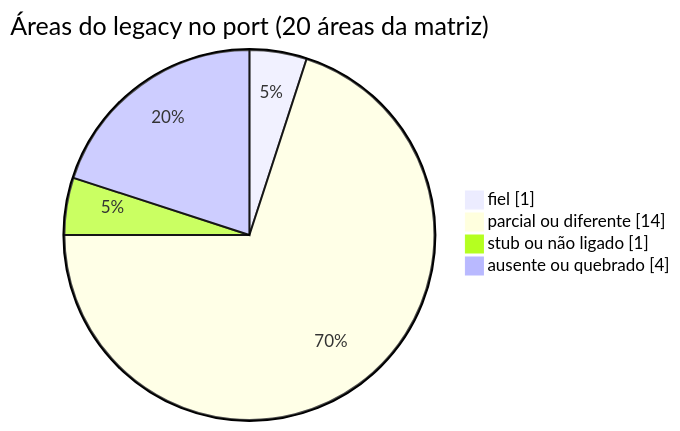
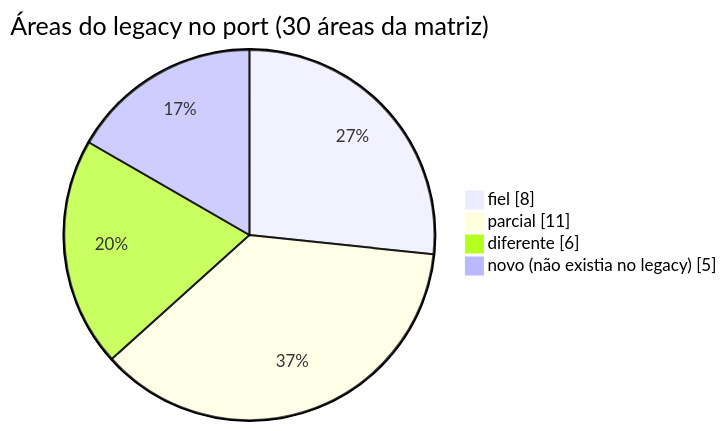
One commit to Guiimartinho/gnss-bike-computer changed the first of 2 diagrams in docs/10-status-do-port.md. Above: the diagram before and after it, drawn with Mermaid. The commit also changed other lines of this file and 32 other files, not shown here.

````diff
--- a/docs/10-status-do-port.md
+++ b/docs/10-status-do-port.md
@@ -14,8 +14,8 @@
 ```mermaid
 pie showData
-    title Áreas do legacy no port (20 áreas da matriz)
-    "fiel" : 1
-    "parcial ou diferente" : 14
-    "stub ou não ligado" : 1
-    "ausente ou quebrado" : 4
+    title Áreas do legacy no port (30 áreas da matriz)
+    "fiel" : 8
+    "parcial" : 11
+    "diferente" : 6
+    "novo (não existia no legacy)" : 5
 ```
````
